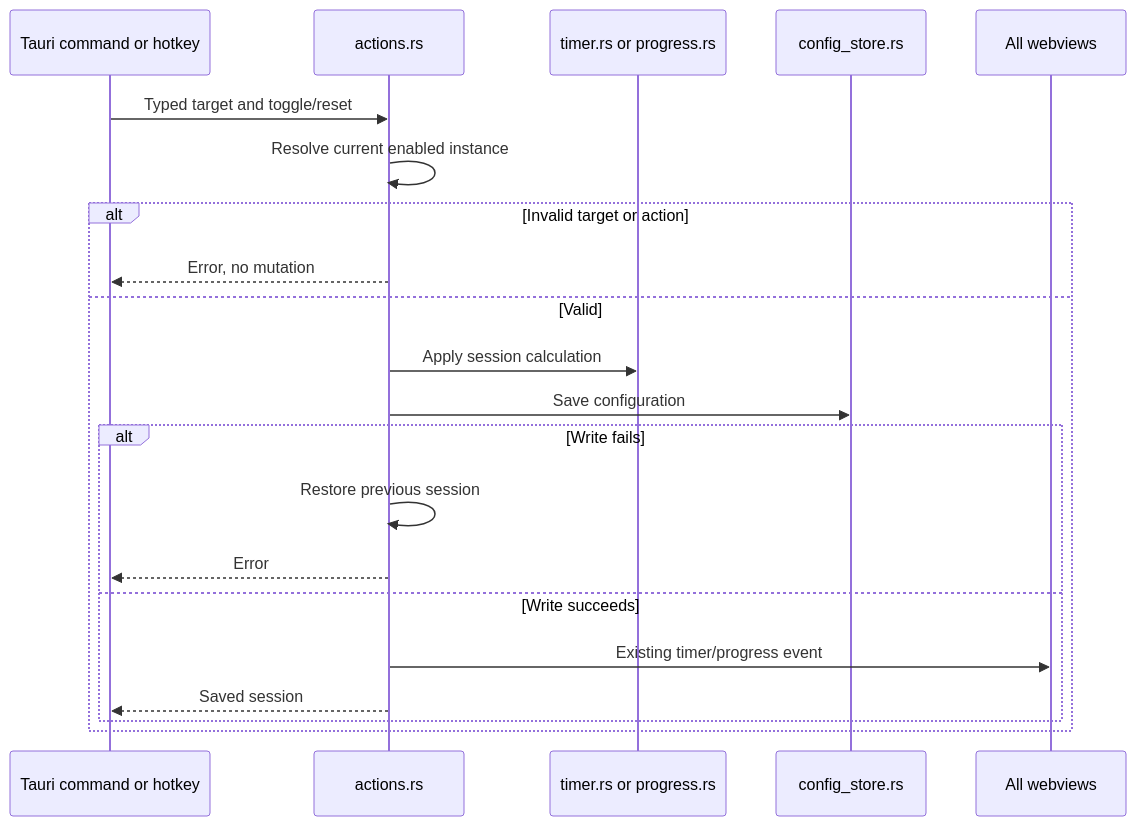
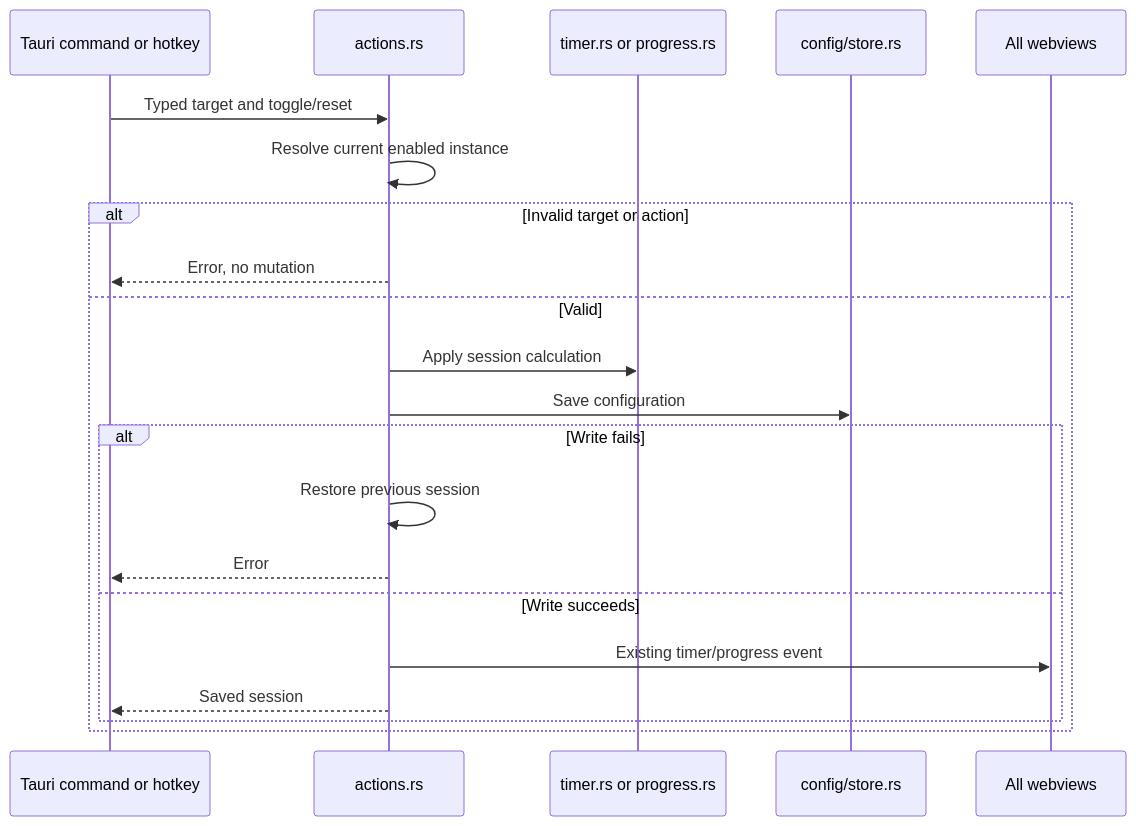
Before and after one commit to tbkmax/TopClock: the fourth of 4 diagrams in src-tauri/src/addons/doc/workflow_diagram.md, drawn with Mermaid. The commit also changed other lines of this file and 81 other files, not shown here.

````diff
--- a/src-tauri/src/addons/doc/workflow_diagram.md
+++ b/src-tauri/src/addons/doc/workflow_diagram.md
@@ -110,23 +110,23 @@
 ```mermaid
 sequenceDiagram
     participant Entry as Tauri command or hotkey
     participant Service as actions.rs
     participant Type as timer.rs or progress.rs
-    participant Store as config_store.rs
+    participant Store as config/store.rs
     participant UI as All webviews
     Entry->>Service: Typed target and toggle/reset
     Service->>Service: Resolve current enabled instance
     alt Invalid target or action
         Service-->>Entry: Error, no mutation
     else Valid
         Service->>Type: Apply session calculation
         Service->>Store: Save configuration
         alt Write fails
             Service->>Service: Restore previous session
             Service-->>Entry: Error
         else Write succeeds
             Service->>UI: Existing timer/progress event
             Service-->>Entry: Saved session
         end
     end
 ```
````
